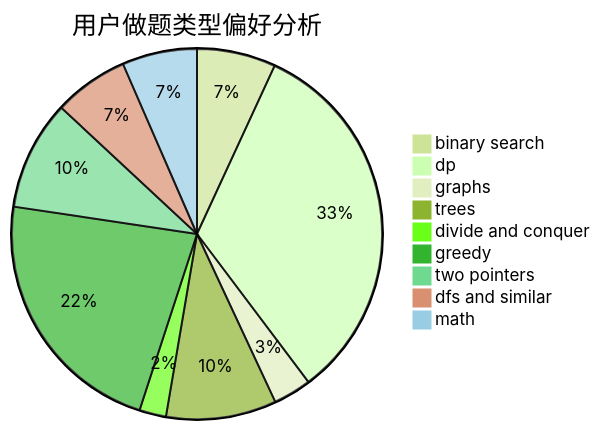
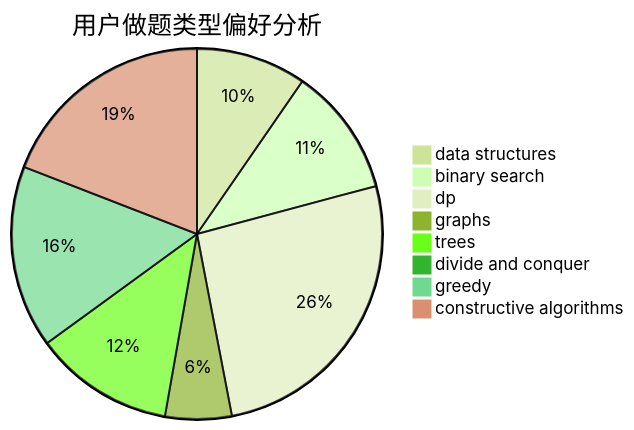
Before and after one commit to sherpahu/cfrs.github.io: the second of 3 diagrams in docs/user/u1052.md, drawn with Mermaid (forest theme). The commit also changed other lines of this file and 2775 other files, not shown here.

````diff
--- a/docs/user/u1052.md
+++ b/docs/user/u1052.md
@@ -23,12 +23,11 @@
 ```mermaid
 pie title 用户做题类型偏好分析
-    "binary search" :  118
-    "dp" :  563
-    "graphs" :  57
-    "trees" :  165
-    "divide and conquer" :  40
-    "greedy" :  383
-    "two pointers" :  164
-    "dfs and similar" :  112
-    "math" :  112
+    "data structures" :  78
+    "binary search" :  91
+    "dp" :  212
+    "graphs" :  47
+    "trees" :  99
+    "divide and conquer" :  6
+    "greedy" :  129
+    "constructive algorithms" :  155
 ```
````
